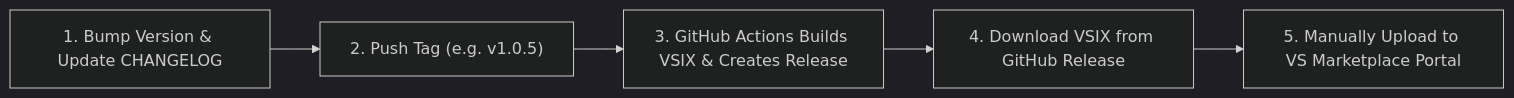
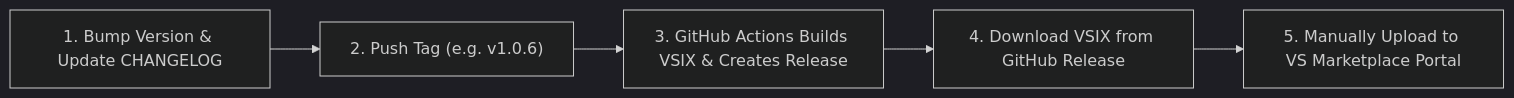
Before and after one commit to pishangujeniya/efcore-helper: the diagram in PUBLISHING.md, drawn with Mermaid (dark theme). The commit also changed other lines of this file and 13 other files, not shown here.

````diff
--- a/PUBLISHING.md
+++ b/PUBLISHING.md
@@ -9,7 +9,7 @@
 ```mermaid
 flowchart LR
-    A["1. Bump Version & Update CHANGELOG"] --> B["2. Push Tag (e.g. v1.0.5)"]
+    A["1. Bump Version & Update CHANGELOG"] --> B["2. Push Tag (e.g. v1.0.6)"]
     B --> C["3. GitHub Actions Builds VSIX & Creates Release"]
     D --> E["5. Manually Upload to VS Marketplace Portal"]
     C --> D["4. Download VSIX from GitHub Release"]
 ```
````
